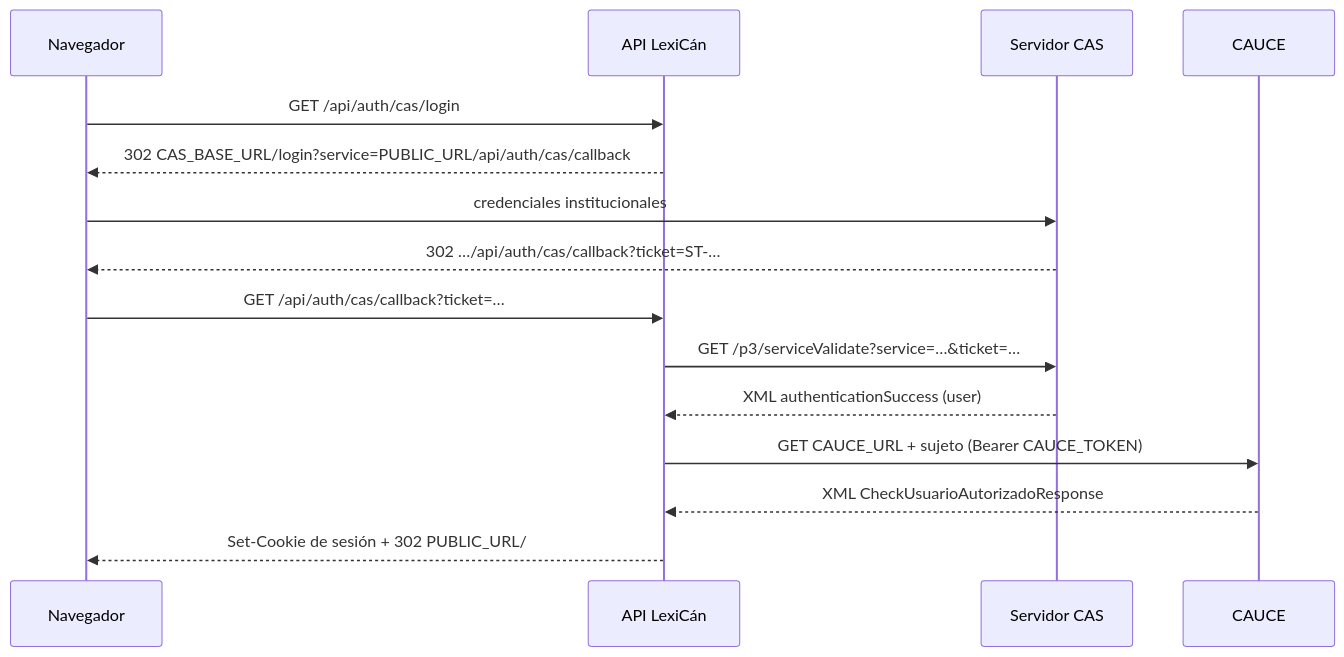
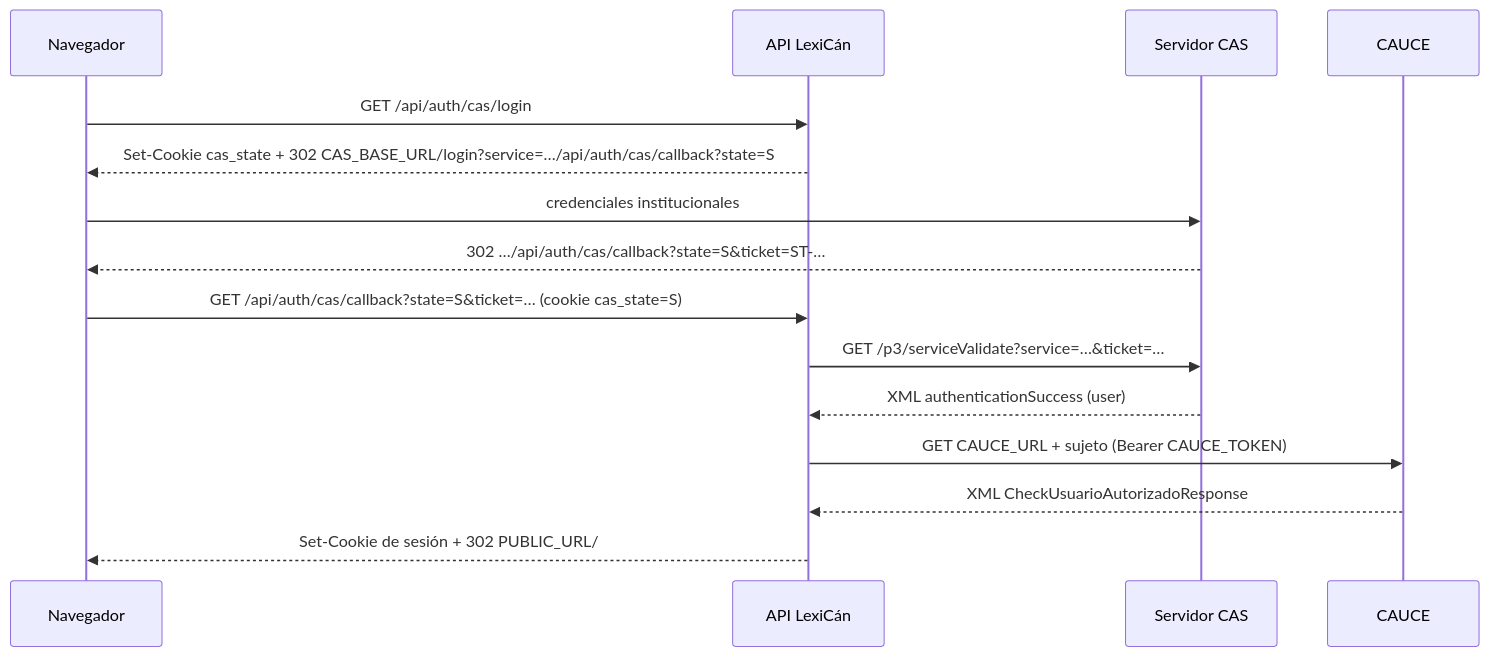
Before and after one commit to ateeducacion/lexican: the diagram in docs/AUTHENTICATION.md, drawn with Mermaid. The commit also changed other lines of this file and 19 other files, not shown here.

````diff
--- a/docs/AUTHENTICATION.md
+++ b/docs/AUTHENTICATION.md
@@ -16,17 +16,17 @@
 ```mermaid
 sequenceDiagram
   participant N as Navegador
   participant A as API LexiCán
   participant C as Servidor CAS
   participant D as CAUCE
   N->>A: GET /api/auth/cas/login
-  A-->>N: 302 CAS_BASE_URL/login?service=PUBLIC_URL/api/auth/cas/callback
+  A-->>N: Set-Cookie cas_state + 302 CAS_BASE_URL/login?service=…/api/auth/cas/callback?state=S
   N->>C: credenciales institucionales
-  C-->>N: 302 …/api/auth/cas/callback?ticket=ST-…
-  N->>A: GET /api/auth/cas/callback?ticket=…
+  C-->>N: 302 …/api/auth/cas/callback?state=S&ticket=ST-…
+  N->>A: GET /api/auth/cas/callback?state=S&ticket=… (cookie cas_state=S)
   A->>C: GET /p3/serviceValidate?service=…&ticket=…
   C-->>A: XML authenticationSuccess (user)
   A->>D: GET CAUCE_URL + sujeto (Bearer CAUCE_TOKEN)
   D-->>A: XML CheckUsuarioAutorizadoResponse
   A-->>N: Set-Cookie de sesión + 302 PUBLIC_URL/
 ```
````
